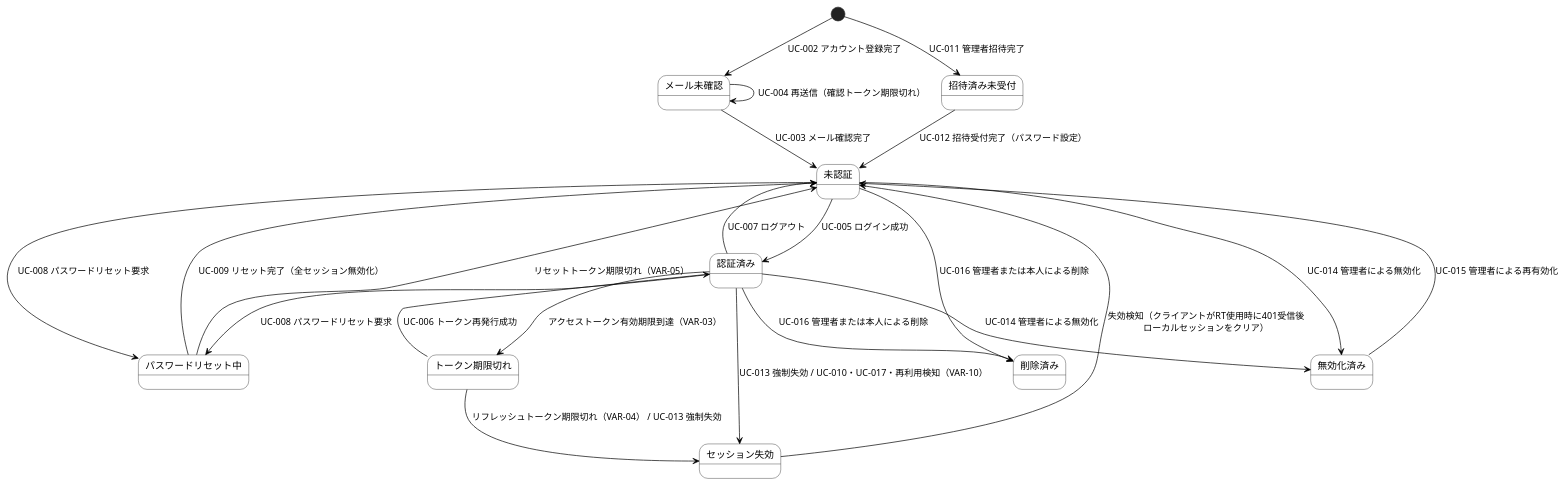
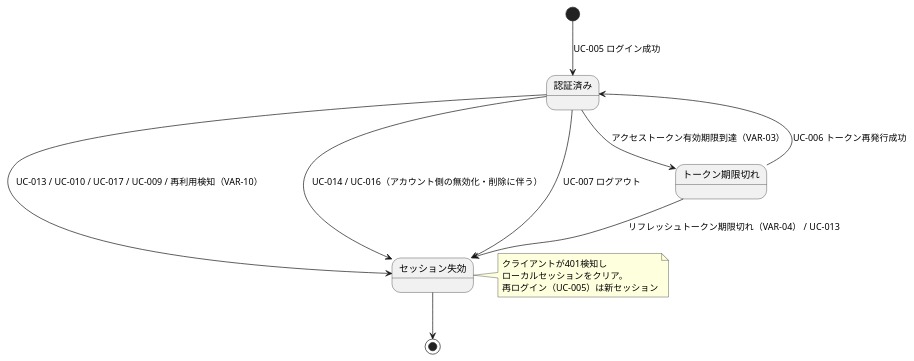
The second of 3 diagrams in .docs/design/states.md (suunet/POC_HYDRA_AUTH), drawn with PlantUML before and after one commit. The commit also changed other lines of this file and 4 other files, not shown here.

````diff
--- a/.docs/design/states.md
+++ b/.docs/design/states.md
@@ -43,41 +70,21 @@
 ```plantuml
 @startuml
-skinparam state {
-  BackgroundColor White
-  BorderColor Black
-  ArrowColor Black
-}
+state "認証済み" as active
+state "トークン期限切れ" as at_expired
+state "セッション失効" as revoked
 
-[*] --> メール未確認 : UC-002 アカウント登録完了
-[*] --> 招待済み未受付 : UC-011 管理者招待完了
-
-メール未確認 --> 未認証 : UC-003 メール確認完了
-メール未確認 --> メール未確認 : UC-004 再送信（確認トークン期限切れ）
-
-招待済み未受付 --> 未認証 : UC-012 招待受付完了（パスワード設定）
-
-未認証 --> 認証済み : UC-005 ログイン成功
-未認証 --> パスワードリセット中 : UC-008 パスワードリセット要求
-
-認証済み --> トークン期限切れ : アクセストークン有効期限到達（VAR-03）
-認証済み --> セッション失効 : UC-013 強制失効 / UC-010・UC-017・再利用検知（VAR-10）
-認証済み --> 未認証 : UC-007 ログアウト
-認証済み --> パスワードリセット中 : UC-008 パスワードリセット要求
-認証済み --> 無効化済み : UC-014 管理者による無効化
-認証済み --> 削除済み : UC-016 管理者または本人による削除
-
-未認証 --> 無効化済み : UC-014 管理者による無効化
-未認証 --> 削除済み : UC-016 管理者または本人による削除
-
-無効化済み --> 未認証 : UC-015 管理者による再有効化
-
-トークン期限切れ --> 認証済み : UC-006 トークン再発行成功
-トークン期限切れ --> セッション失効 : リフレッシュトークン期限切れ（VAR-04） / UC-013 強制失効
-
-セッション失効 --> 未認証 : 失効検知（クライアントがRT使用時に401受信後\nローカルセッションをクリア）
-
-パスワードリセット中 --> 未認証 : UC-009 リセット完了（全セッション無効化）
-パスワードリセット中 --> 未認証 : リセットトークン期限切れ（VAR-05）
-
+[*] --> active : UC-005 ログイン成功
+active --> at_expired : アクセストークン有効期限到達（VAR-03）
+active --> revoked : UC-013 / UC-010 / UC-017 / UC-009 / 再利用検知（VAR-10）
+active --> revoked : UC-014 / UC-016（アカウント側の無効化・削除に伴う）
+active --> revoked : UC-007 ログアウト
+at_expired --> active : UC-006 トークン再発行成功
+at_expired --> revoked : リフレッシュトークン期限切れ（VAR-04） / UC-013
+revoked --> [*]
+note right of revoked
+  クライアントが401検知し
+  ローカルセッションをクリア。
+  再ログイン（UC-005）は新セッション
+end note
 @enduml
 ```
````
